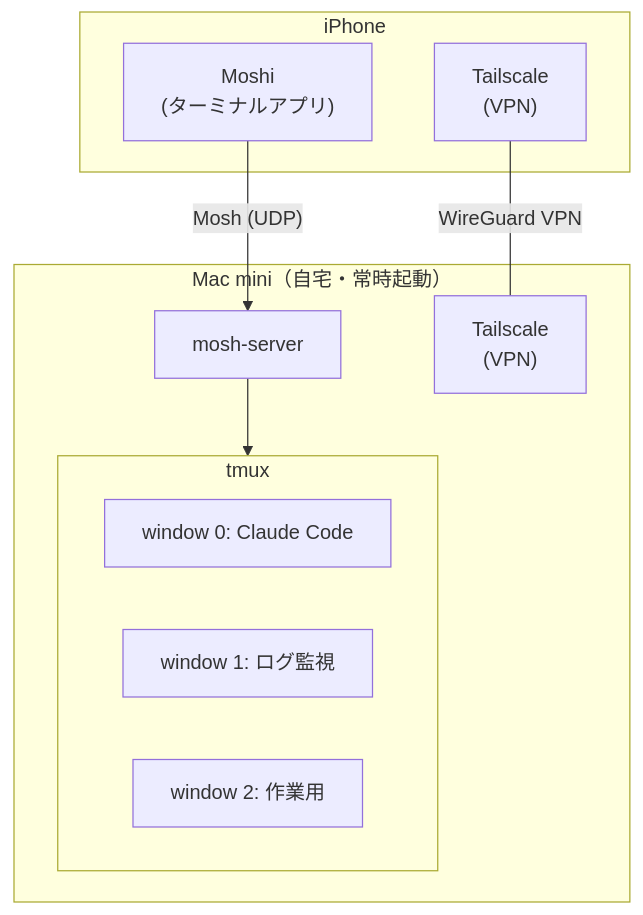
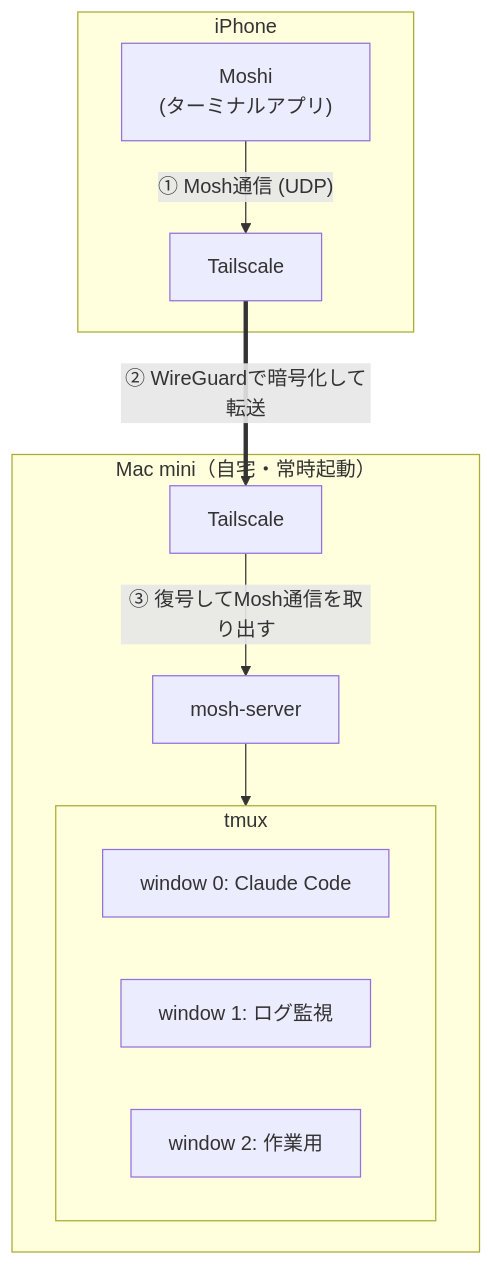
One commit to anago262/tech-articles changed the second of 3 diagrams in moshi-qiita-article.md. Above: the diagram before and after it, drawn with Mermaid. The commit also changed other lines of this file and 4 other files, not shown here.

````diff
--- a/moshi-qiita-article.md
+++ b/moshi-qiita-article.md
@@ -461,20 +64,21 @@
 ```mermaid
 graph TD
     subgraph iPhone
         Moshi["Moshi<br/>(ターミナルアプリ)"]
-        TS1["Tailscale<br/>(VPN)"]
+        TS1["Tailscale"]
     end
     subgraph Mac["Mac mini（自宅・常時起動）"]
+        TS2["Tailscale"]
         MS["mosh-server"]
-        TS2["Tailscale<br/>(VPN)"]
         subgraph tmux
             W0["window 0: Claude Code"]
             W1["window 1: ログ監視"]
             W2["window 2: 作業用"]
         end
     end
 
-    Moshi -->|"Mosh (UDP)"| MS
-    TS1 ---|"WireGuard VPN"| TS2
+    Moshi -->|"① Mosh通信 (UDP)"| TS1
+    TS1 ==>|"② WireGuardで暗号化して転送"| TS2
+    TS2 -->|"③ 復号してMosh通信を取り出す"| MS
     MS --> tmux
 ```
````
